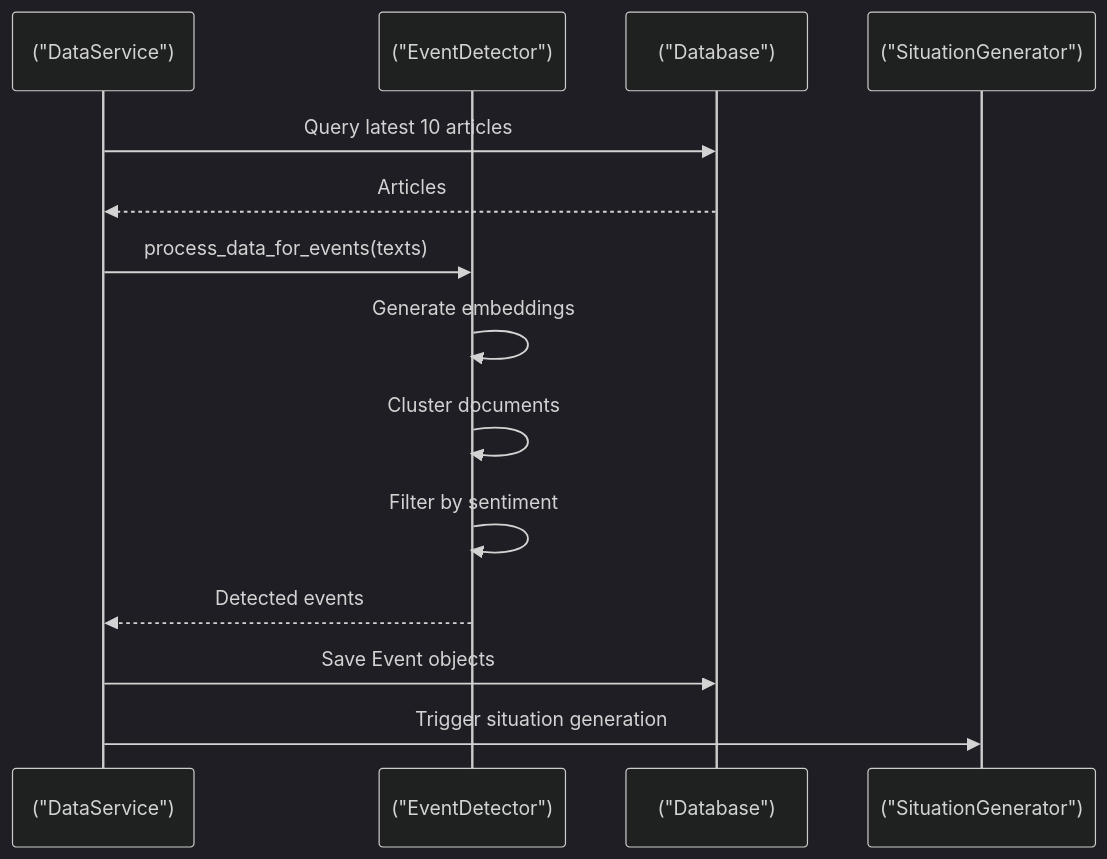
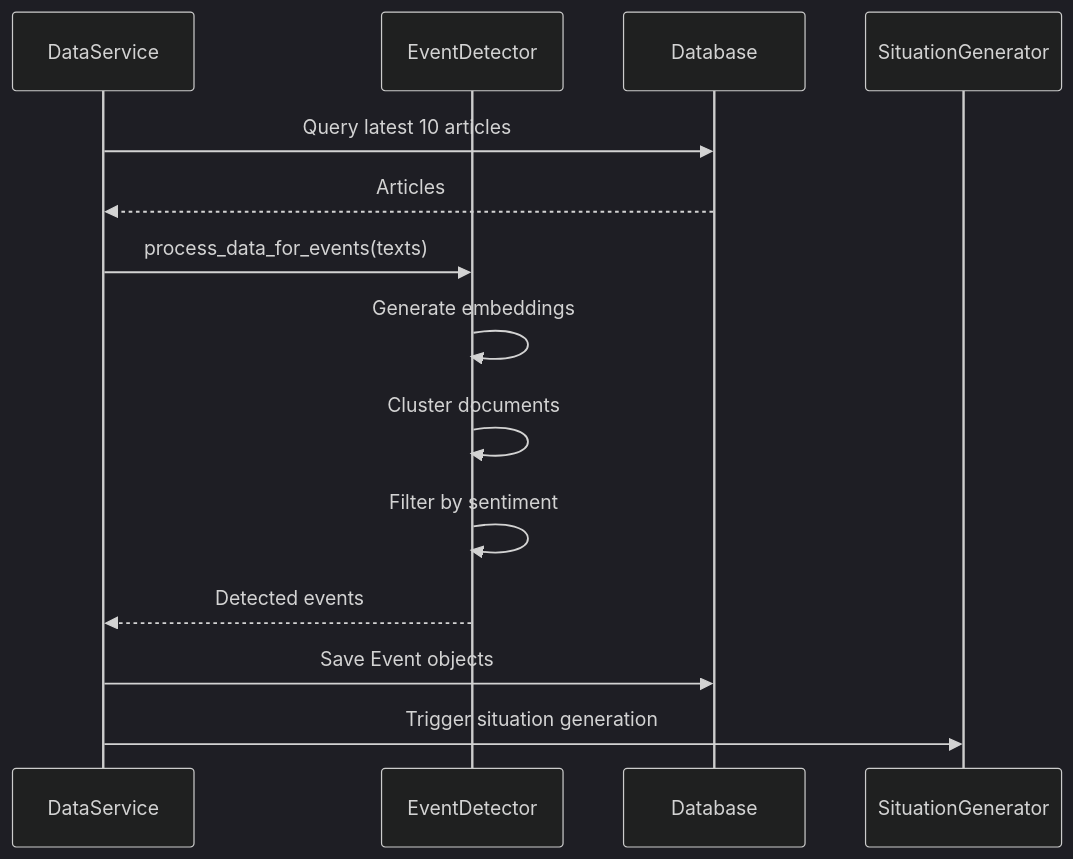
One commit to Likhithsai2580/RAVANA-WIKI changed the fourth of 6 diagrams in docs/Services/Data Service.md. Above: the diagram before and after it, drawn with Mermaid (dark theme). The commit also changed other lines of this file and 78 other files, not shown here.

````diff
--- a/docs/Services/Data Service.md
+++ b/docs/Services/Data Service.md
@@ -130,17 +127,16 @@
 ```mermaid
 sequenceDiagram
-participant DS as ("DataService")
-participant ET as ("EventDetector")
-participant DB as ("Database")
-participant SG as ("SituationGenerator")
+participant DS as DataService
+participant ET as EventDetector
+participant DB as Database
+participant SG as SituationGenerator
 DS->>DB : Query latest 10 articles
 DB-->>DS : Articles
 DS->>ET : process_data_for_events(texts)
 ET->>ET : Generate embeddings
 ET->>ET : Cluster documents
 ET->>ET : Filter by sentiment
 ET-->>DS : Detected events
 DS->>DB : Save Event objects
 DS->>SG : Trigger situation generation
-
 ```
````
